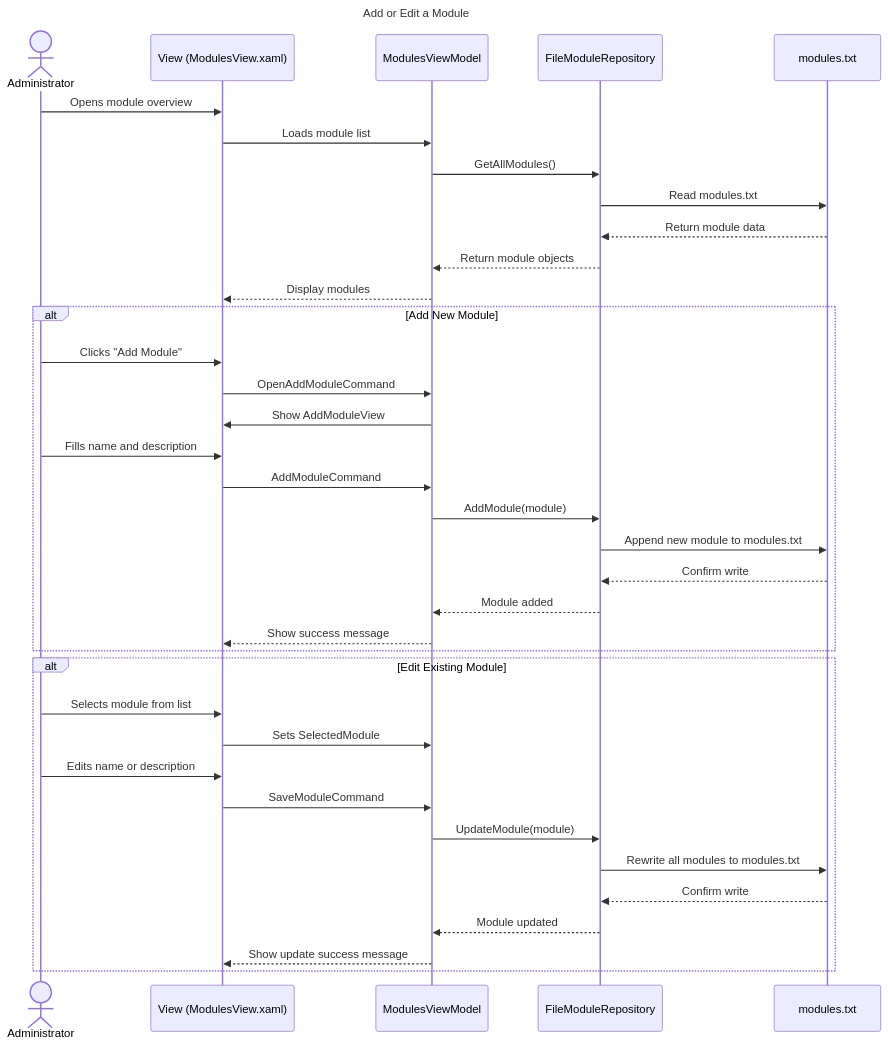
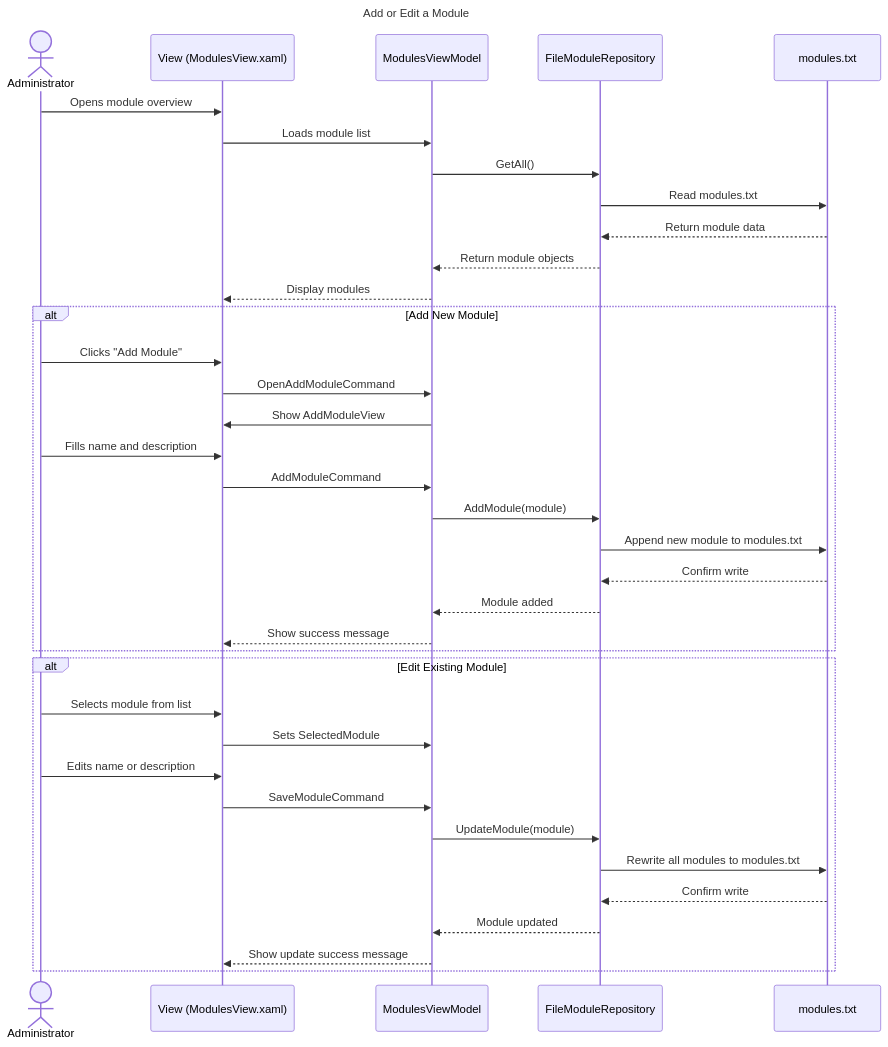
One commit to ilhamhashi/Team10_ProjektGettingReal changed the diagram in DATApp/DATApp/Sequence Diagrams/UseCase5_Sequence_Diagram.mmd. Above: the diagram before and after it, drawn with Mermaid. The commit also changed 6 other files, not shown here.

```diff
--- a/DATApp/DATApp/Sequence Diagrams/UseCase5_Sequence_Diagram.mmd
+++ b/DATApp/DATApp/Sequence Diagrams/UseCase5_Sequence_Diagram.mmd
@@ -1,41 +1,41 @@
 sequenceDiagram
     title Add or Edit a Module
 
     actor Administrator
     participant UI as View (ModulesView.xaml)
     participant VM as ModulesViewModel
     participant Repo as FileModuleRepository
     participant File as modules.txt
 
     Administrator->>UI: Opens module overview
     UI->>VM: Loads module list
-    VM->>Repo: GetAllModules()
+    VM->>Repo: GetAll()
     Repo->>File: Read modules.txt
     File-->>Repo: Return module data
     Repo-->>VM: Return module objects
     VM-->>UI: Display modules
 
     alt Add New Module
         Administrator->>UI: Clicks "Add Module"
         UI->>VM: OpenAddModuleCommand
         VM->>UI: Show AddModuleView
         Administrator->>UI: Fills name and description
         UI->>VM: AddModuleCommand
         VM->>Repo: AddModule(module)
         Repo->>File: Append new module to modules.txt
         File-->>Repo: Confirm write
         Repo-->>VM: Module added
         VM-->>UI: Show success message
     end
 
     alt Edit Existing Module
         Administrator->>UI: Selects module from list
         UI->>VM: Sets SelectedModule
         Administrator->>UI: Edits name or description
         UI->>VM: SaveModuleCommand
         VM->>Repo: UpdateModule(module)
         Repo->>File: Rewrite all modules to modules.txt
         File-->>Repo: Confirm write
         Repo-->>VM: Module updated
         VM-->>UI: Show update success message
     end
```
